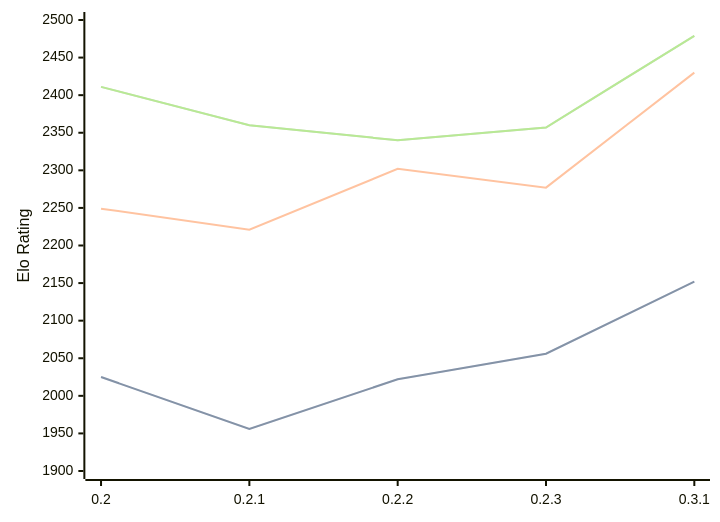
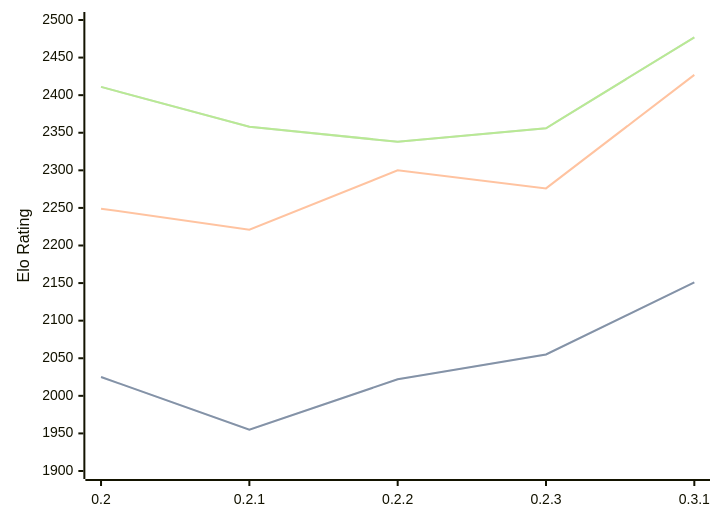
The diagram in engines/Lolbot.md (computer-chess-index/cci), drawn with Mermaid before and after one commit. The commit also changed other lines of this file, not shown here.

Commit message:
Update CCI Ratings (ELO VLTC) - 2026-04-28

````diff
--- a/engines/Lolbot.md
+++ b/engines/Lolbot.md
@@ -36,11 +36,11 @@
 ```mermaid
 %%{init: {"theme":"base","themeVariables":{"seriesColors:['#a3a3a3','#222221','#faa371']}}}%%
 xychart-beta
   x-axis ["0.2", "0.2.1", "0.2.2", "0.2.3", "0.3.1"]
   y-axis "Elo Rating" 1900 --> 2500
-  line "STC (8.0+0.08s)" [2025, 1956, 2022, 2056, 2152]
-  line "STC (8.0+0.08s)" [2025, 1956, 2022, 2056, 2152]
-  line "LTC (60.0+0.60s)" [2249, 2221, 2302, 2277, 2430]
-  line "VLTC (2m24s+1.12s)" [2411, 2360, 2340, 2357, 2479]
-  line "VLTC (2m24s+1.12s)" [2411, 2360, 2340, 2357, 2479]
+  line "STC (8.0+0.08s)" [2025, 1955, 2022, 2055, 2151]
+  line "STC (8.0+0.08s)" [2025, 1955, 2022, 2055, 2151]
+  line "LTC (60.0+0.60s)" [2249, 2221, 2300, 2276, 2427]
+  line "VLTC (2m24s+1.12s)" [2411, 2358, 2338, 2356, 2477]
+  line "VLTC (2m24s+1.12s)" [2411, 2358, 2338, 2356, 2477]
 ```
````
